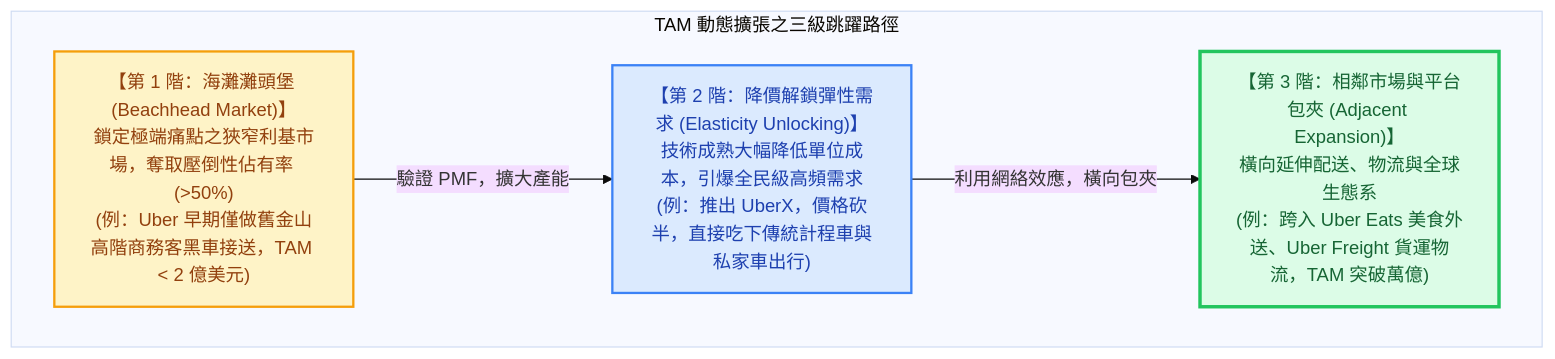
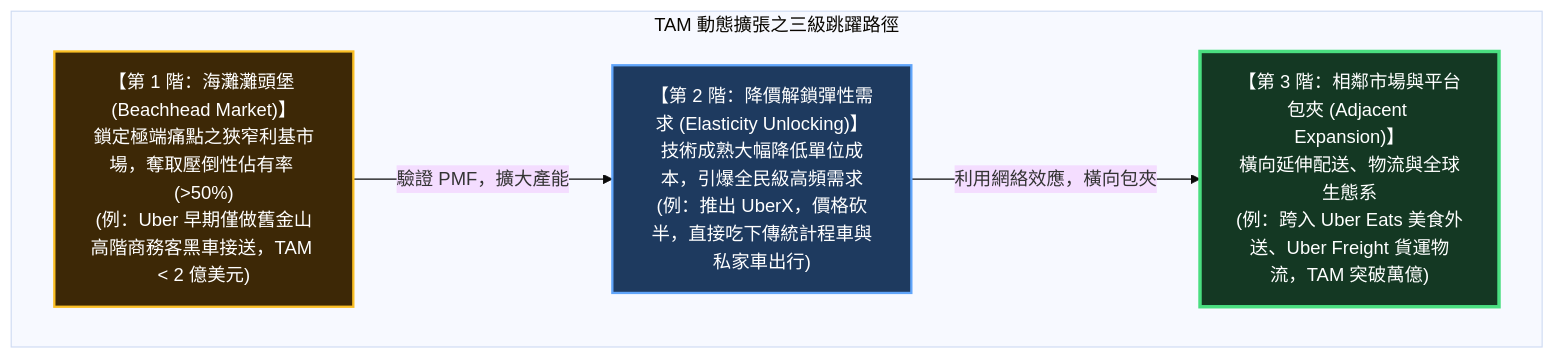
One commit to Jimlin0428/my-digital-garden changed the third of 3 diagrams in src/site/notes/98_商業概念庫/TAM.md. Above: the diagram before and after it, drawn with Mermaid (base theme). The commit also changed other lines of this file and 58 other files, not shown here.

````diff
--- a/src/site/notes/98_商業概念庫/TAM.md
+++ b/src/site/notes/98_商業概念庫/TAM.md
@@ -109,17 +109,17 @@
 ```mermaid
 flowchart TD
     subgraph MarketEvolution ["TAM 動態擴張之三級跳躍路徑"]
         M1["【第 1 階：海灘灘頭堡 (Beachhead Market)】<br>鎖定極端痛點之狹窄利基市場，奪取壓倒性佔有率 (>50%)<br>(例：Uber 早期僅做舊金山高階商務客黑車接送，TAM < 2 億美元)"]
         
         M2["【第 2 階：降價解鎖彈性需求 (Elasticity Unlocking)】<br>技術成熟大幅降低單位成本，引爆全民級高頻需求<br>(例：推出 UberX，價格砍半，直接吃下傳統計程車與私家車出行)"]
         
         M3["【第 3 階：相鄰市場與平台包夾 (Adjacent Expansion)】<br>橫向延伸配送、物流與全球生態系<br>(例：跨入 Uber Eats 美食外送、Uber Freight 貨運物流，TAM 突破萬億)"]
     end
 
     M1 -->|驗證 PMF，擴大產能| M2
     M2 -->|利用網絡效應，橫向包夾| M3
 
-    style M1 fill:#fef3c7,stroke:#f59e0b,stroke-width:2px,color:#92400e
-    style M2 fill:#dbeafe,stroke:#3b82f6,stroke-width:2px,color:#1e40af
-    style M3 fill:#dcfce7,stroke:#22c55e,stroke-width:3px,color:#166534
+    style M1 fill:#3d2806,stroke:#fbbf24,stroke-width:2px,color:#ffffff
+    style M2 fill:#1e3a5f,stroke:#60a5fa,stroke-width:2px,color:#ffffff
+    style M3 fill:#143823,stroke:#4ade80,stroke-width:3px,color:#ffffff
 ```
````
